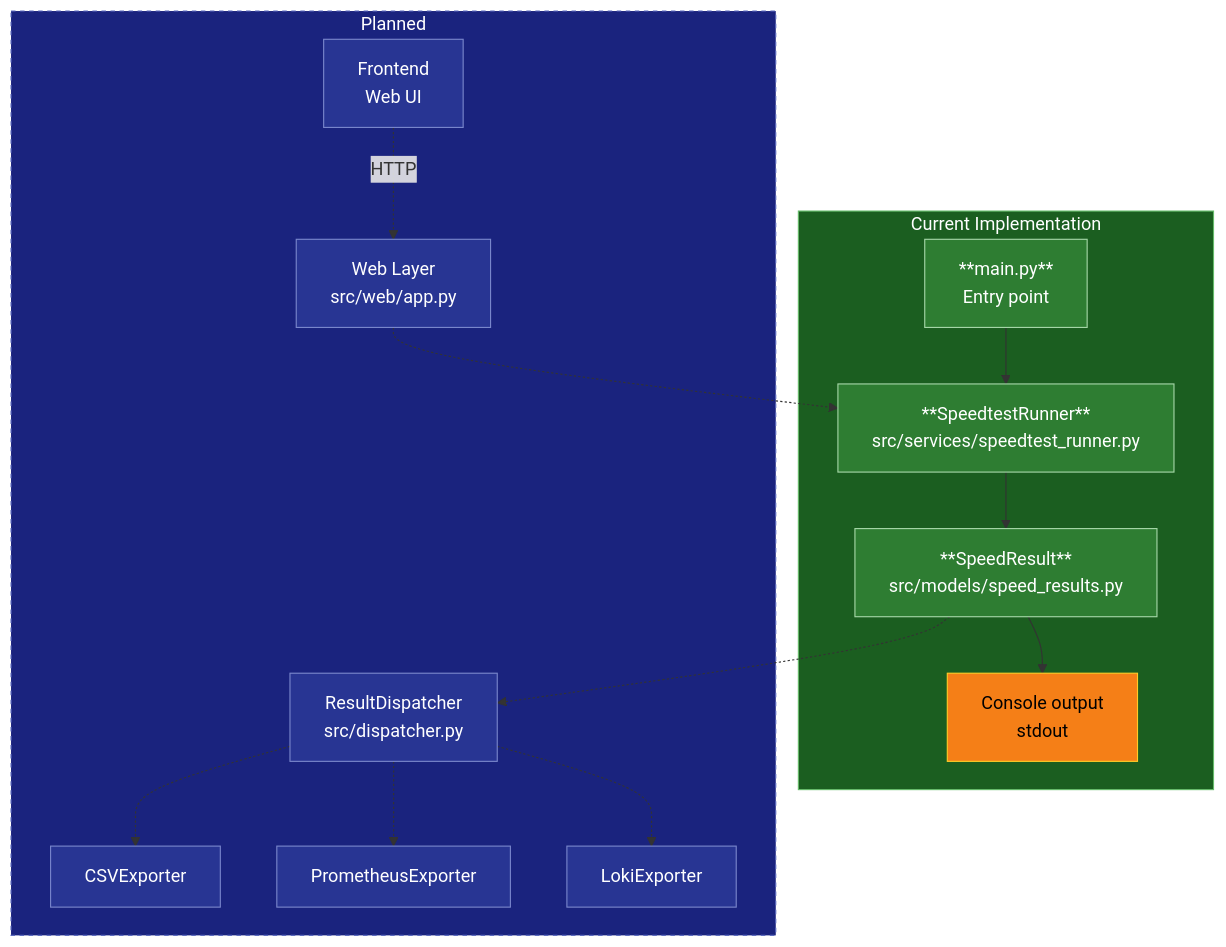
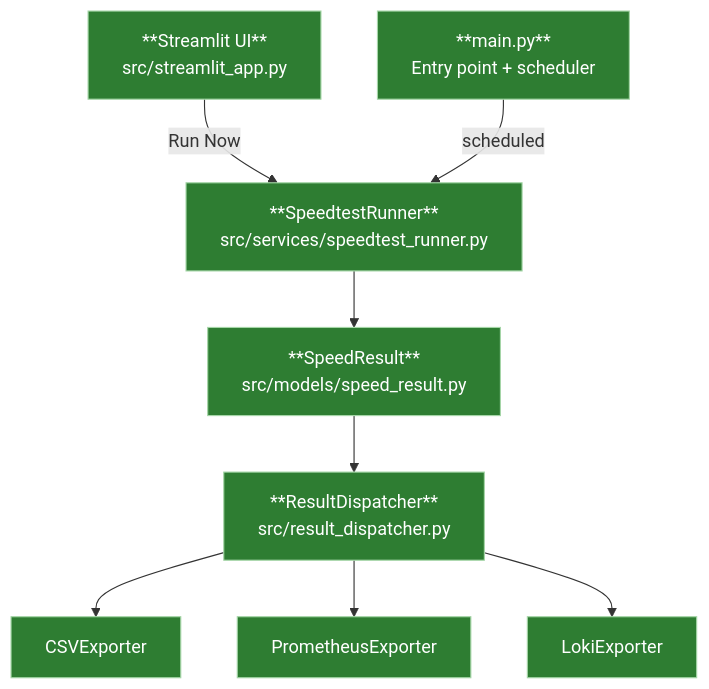
The diagram in README.md (fabell4/Hermes), drawn with Mermaid before and after one commit. The commit also changed other lines of this file, not shown here.

````diff
--- a/README.md
+++ b/README.md
@@ -11,42 +9,28 @@
 ```mermaid
 flowchart TD
-    subgraph current["Current Implementation"]
-        MAIN["**main.py**\nEntry point"]
-        RUNNER["**SpeedtestRunner**\nsrc/services/speedtest_runner.py"]
-        MODEL["**SpeedResult**\nsrc/models/speed_results.py"]
-        STDOUT["Console output\nstdout"]
-    end
+    UI["**Streamlit UI**\nsrc/streamlit_app.py"]
+    MAIN["**main.py**\nEntry point + scheduler"]
+    RUNNER["**SpeedtestRunner**\nsrc/services/speedtest_runner.py"]
+    MODEL["**SpeedResult**\nsrc/models/speed_result.py"]
+    DISP["**ResultDispatcher**\nsrc/result_dispatcher.py"]
+    CSV["CSVExporter"]
+    PROM["PrometheusExporter"]
+    LOKI["LokiExporter"]
 
-    subgraph planned["Planned"]
-        UI["Frontend\nWeb UI"]
-        WEB["Web Layer\nsrc/web/app.py"]
-        DISP["ResultDispatcher\nsrc/dispatcher.py"]
-        CSV["CSVExporter"]
-        PROM["PrometheusExporter"]
-        LOKI["LokiExporter"]
-    end
+    UI -- "Run Now" --> RUNNER
+    MAIN -- "scheduled" --> RUNNER
+    RUNNER --> MODEL
+    MODEL --> DISP
+    DISP --> CSV
+    DISP --> PROM
+    DISP --> LOKI
 
-    MAIN --> RUNNER
-    RUNNER --> MODEL
-    MODEL --> STDOUT
-
-    UI -. "HTTP" .-> WEB
-    WEB -. " " .-> RUNNER
-    MODEL -. " " .-> DISP
-    DISP -. " " .-> CSV
-    DISP -. " " .-> PROM
-    DISP -. " " .-> LOKI
-
-    style current fill:#1b5e20,stroke:#66bb6a,color:#ffffff
-    style planned fill:#1a237e,stroke:#5c6bc0,color:#ffffff,stroke-dasharray: 4 4
+    style UI fill:#2e7d32,stroke:#a5d6a7,color:#ffffff
     style MAIN fill:#2e7d32,stroke:#a5d6a7,color:#ffffff
     style RUNNER fill:#2e7d32,stroke:#a5d6a7,color:#ffffff
     style MODEL fill:#2e7d32,stroke:#a5d6a7,color:#ffffff
-    style STDOUT fill:#f57f17,stroke:#ffca28,color:#000000
-    style UI fill:#283593,stroke:#7986cb,color:#ffffff
-    style WEB fill:#283593,stroke:#7986cb,color:#ffffff
-    style DISP fill:#283593,stroke:#7986cb,color:#ffffff
-    style CSV fill:#283593,stroke:#7986cb,color:#ffffff
-    style PROM fill:#283593,stroke:#7986cb,color:#ffffff
-    style LOKI fill:#283593,stroke:#7986cb,color:#ffffff
+    style DISP fill:#2e7d32,stroke:#a5d6a7,color:#ffffff
+    style CSV fill:#2e7d32,stroke:#a5d6a7,color:#ffffff
+    style PROM fill:#2e7d32,stroke:#a5d6a7,color:#ffffff
+    style LOKI fill:#2e7d32,stroke:#a5d6a7,color:#ffffff
 ```
````
